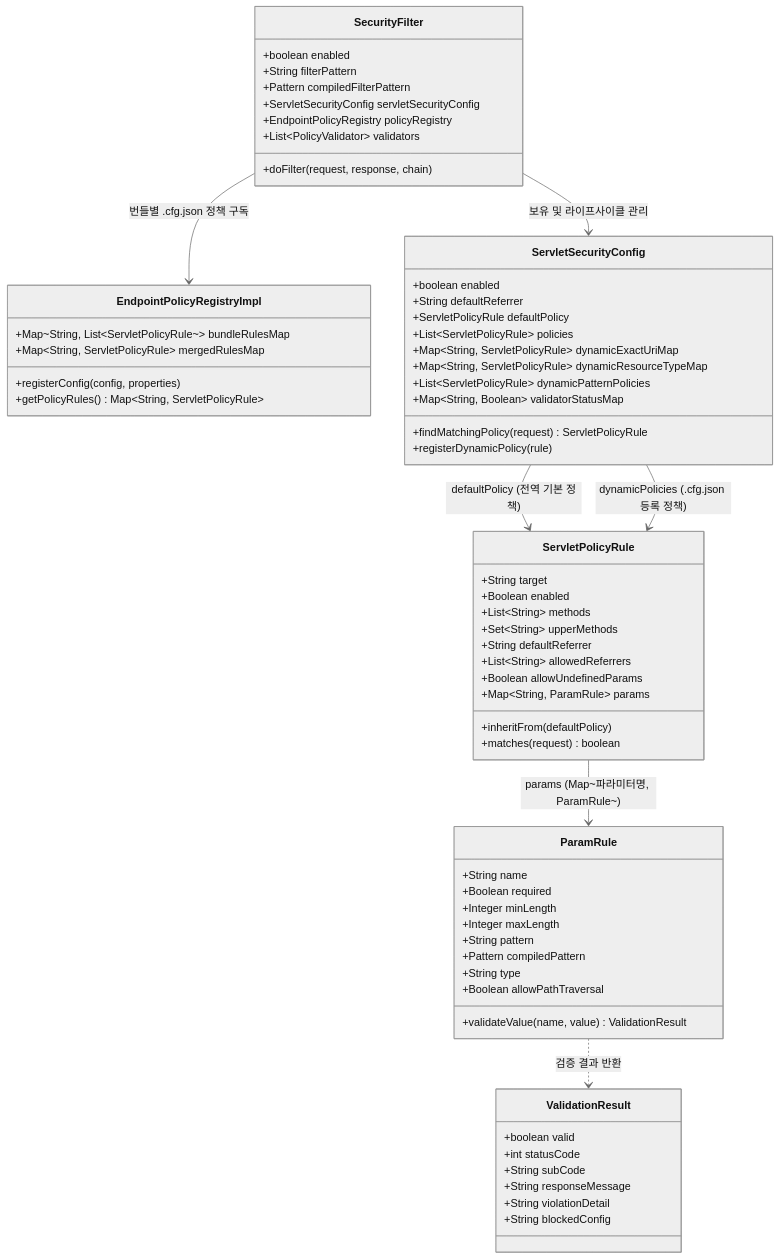
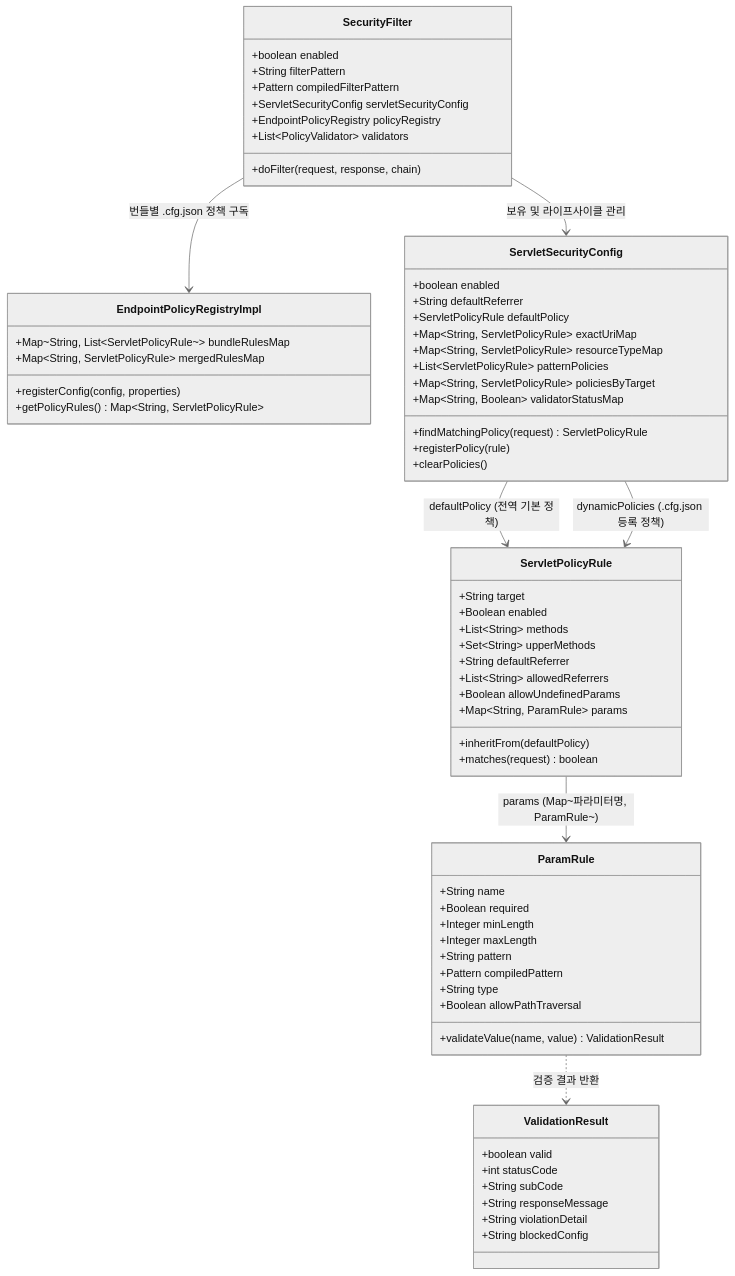
Before and after one commit to suafafa/security-simple: the second of 2 diagrams in README.md, drawn with Mermaid (neutral theme). The commit also changed other lines of this file and 4 other files, not shown here.

Commit message:
refactor: Unify ServletSecurityConfig policy index maps and remove duplicate dynamic/static storage

````diff
--- a/README.md
+++ b/README.md
@@ -104,75 +104,76 @@
 ```mermaid
 classDiagram
     direction TB
 
     class SecurityFilter {
         +boolean enabled
         +String filterPattern
         +Pattern compiledFilterPattern
         +ServletSecurityConfig servletSecurityConfig
         +EndpointPolicyRegistry policyRegistry
         +List~PolicyValidator~ validators
         +doFilter(request, response, chain)
     }
 
     class EndpointPolicyRegistryImpl {
         +Map~String, List~ServletPolicyRule~~ bundleRulesMap
         +Map~String, ServletPolicyRule~ mergedRulesMap
         +registerConfig(config, properties)
         +getPolicyRules() Map~String, ServletPolicyRule~
     }
 
     class ServletSecurityConfig {
         +boolean enabled
         +String defaultReferrer
         +ServletPolicyRule defaultPolicy
-        +List~ServletPolicyRule~ policies
-        +Map~String, ServletPolicyRule~ dynamicExactUriMap
-        +Map~String, ServletPolicyRule~ dynamicResourceTypeMap
-        +List~ServletPolicyRule~ dynamicPatternPolicies
+        +Map~String, ServletPolicyRule~ exactUriMap
+        +Map~String, ServletPolicyRule~ resourceTypeMap
+        +List~ServletPolicyRule~ patternPolicies
+        +Map~String, ServletPolicyRule~ policiesByTarget
         +Map~String, Boolean~ validatorStatusMap
         +findMatchingPolicy(request) ServletPolicyRule
-        +registerDynamicPolicy(rule)
+        +registerPolicy(rule)
+        +clearPolicies()
     }
 
     class ServletPolicyRule {
         +String target
         +Boolean enabled
         +List~String~ methods
         +Set~String~ upperMethods
         +String defaultReferrer
         +List~String~ allowedReferrers
         +Boolean allowUndefinedParams
         +Map~String, ParamRule~ params
         +inheritFrom(defaultPolicy)
         +matches(request) boolean
     }
 
     class ParamRule {
         +String name
         +Boolean required
         +Integer minLength
         +Integer maxLength
         +String pattern
         +Pattern compiledPattern
         +String type
         +Boolean allowPathTraversal
         +validateValue(name, value) ValidationResult
     }
 
     class ValidationResult {
         +boolean valid
         +int statusCode
         +String subCode
         +String responseMessage
         +String violationDetail
         +String blockedConfig
     }
 
     SecurityFilter --> EndpointPolicyRegistryImpl : 번들별 .cfg.json 정책 구독
     SecurityFilter --> ServletSecurityConfig : 보유 및 라이프사이클 관리
     ServletSecurityConfig --> ServletPolicyRule : defaultPolicy (전역 기본 정책)
     ServletSecurityConfig --> ServletPolicyRule : dynamicPolicies (.cfg.json 등록 정책)
     ServletPolicyRule --> ParamRule : params (Map~파라미터명, ParamRule~)
     ParamRule ..> ValidationResult : 검증 결과 반환
 ```
````
